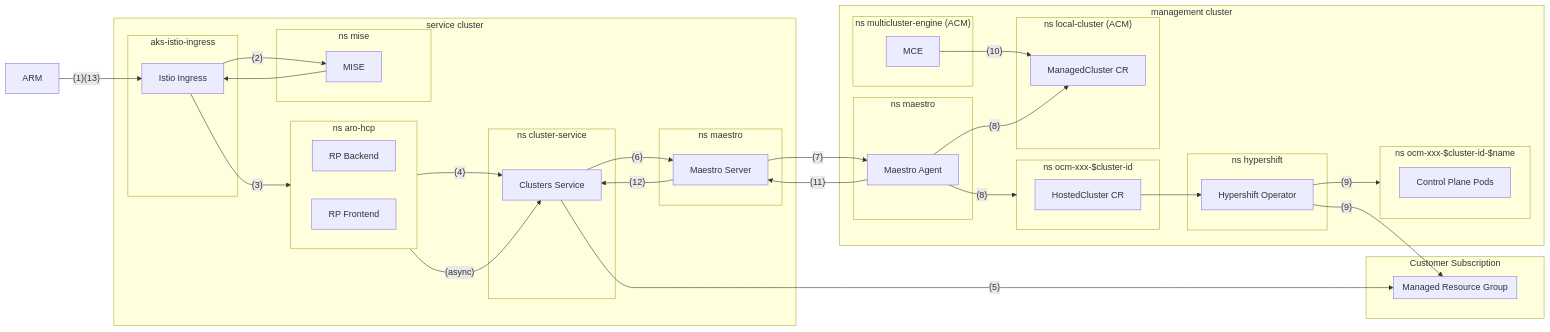
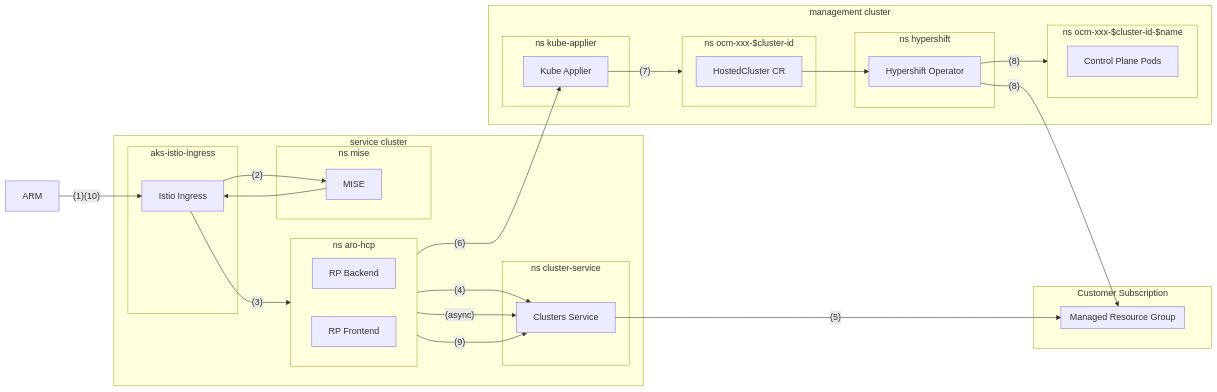
One commit to Azure/ARO-HCP changed the diagram in docs/ops/hcp-cluster-creation-flow.md. Above: the diagram before and after it, drawn with Mermaid. The commit also changed other lines of this file and 99 other files, not shown here.

````diff
--- a/docs/ops/hcp-cluster-creation-flow.md
+++ b/docs/ops/hcp-cluster-creation-flow.md
@@ -26,66 +23,52 @@
 ```mermaid
 ---
 config:
   layout: dagre
 ---
 flowchart LR
 arm["ARM"]
 subgraph customer_subscription["Customer Subscription"]
   subgraph managed_resourcegroup["Managed Resource Group"]
   end
 end
 subgraph svc_cluster["service cluster"]
     subgraph istio_ns["aks-istio-ingress"]
         istio_ingress["Istio Ingress"]
     end
     subgraph mise_ns["ns mise"]
         mise["MISE"]
     end
     subgraph rp_ns["ns aro-hcp"]
         direction LR
         rp_backend["RP Backend"]
         rp_frontend["RP Frontend"]
     end
     subgraph cs_ns["ns cluster-service"]
         cs["Clusters Service"]
     end
-    subgraph maestro_server_ns["ns maestro"]
-        maestro_server["Maestro Server"]
-    end
  end
  subgraph mgmt_cluster["management cluster"]
-    subgraph maestro_agent_ns["ns maestro"]
-        maestro_agent["Maestro Agent"]
-    end
-    subgraph acm_mce_ns["ns multicluster-engine (ACM)"]
-        mce["MCE"]
+    subgraph kube_applier_ns["ns kube-applier"]
+        kube_applier["Kube Applier"]
     end
     subgraph hypershift_ns["ns hypershift"]
         hypershift["Hypershift Operator"]
     end
     subgraph hypershift_hcp_ns["ns ocm-xxx-$cluster-id"]
         hostedcluster_cr["HostedCluster CR"]
     end
     subgraph hypershift_cp_ns["ns ocm-xxx-$cluster-id-$name"]
         cp_pods["Control Plane Pods"]
     end
-    subgraph local_cluster_ns["ns local-cluster (ACM)"]
-        managed_cluster_cr["ManagedCluster CR"]
-    end
  end
- arm -- (1)(13) --> istio_ingress -- (2) --> mise
+ arm -- (1)(10) --> istio_ingress -- (2) --> mise
  mise --> istio_ingress -- (3) --> rp_frontend -- (4) --> cs
  cs -- (5) --> managed_resourcegroup
- cs -- (6) --> maestro_server
  rp_backend -- (async) --> cs
- maestro_server -- (7) --> maestro_agent
-
- mce -- (10) --> managed_cluster_cr
- maestro_agent -- (8) --> hypershift_hcp_ns
- maestro_agent -- (8) --> managed_cluster_cr
+ rp_backend -- (6) --> kube_applier
+ kube_applier -- (7) --> hypershift_hcp_ns
  hostedcluster_cr --> hypershift
- hypershift -- (9) --> managed_resourcegroup
- hypershift -- (9) --> hypershift_cp_ns
- maestro_agent -- (11) --> maestro_server
- maestro_server -- (12) --> cs
+ hypershift -- (8) --> managed_resourcegroup
+ hypershift -- (8) --> hypershift_cp_ns
+ rp_backend -- (9) --> cs
 ```
````
